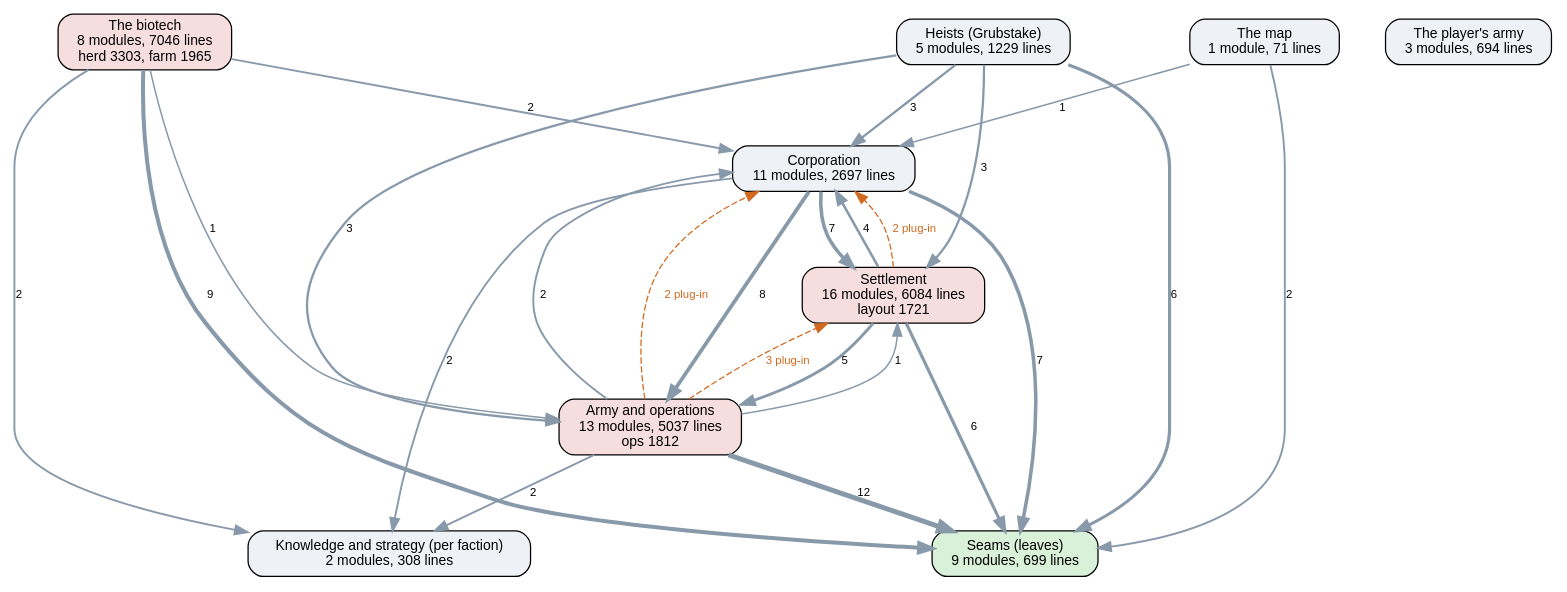
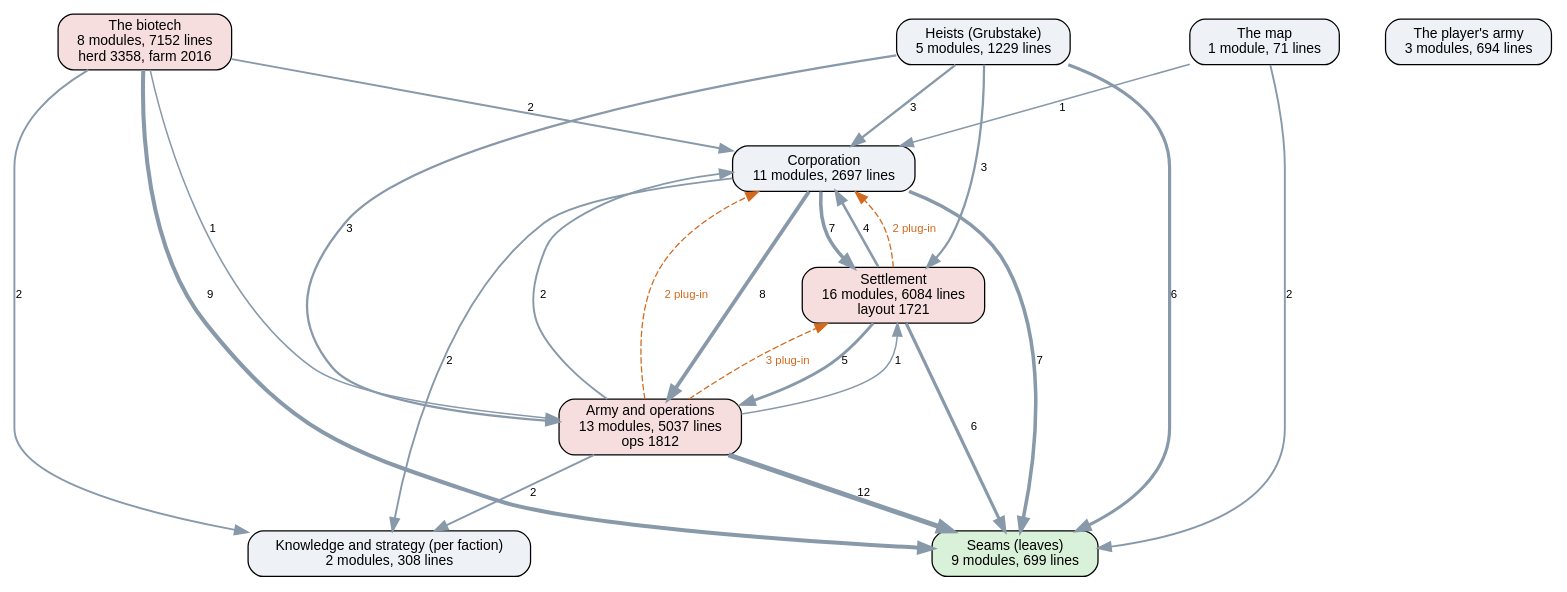
The diagram in docs/ai-layers.dot (kinelhu/landing-party), drawn with Graphviz before and after one commit. The commit also changed 11 other files, not shown here.

```diff
--- a/docs/ai-layers.dot
+++ b/docs/ai-layers.dot
@@ -1,38 +1,38 @@
 digraph layers {
   graph [rankdir=TB, fontname="Helvetica", nodesep=0.5, ranksep=0.7];
   node [shape=box, style="rounded,filled", fontname="Helvetica", fontsize=11, fillcolor="#eef2f7"];
   edge [color="#8899aa", fontname="Helvetica", fontsize=9];
   "Seams (leaves)" [label="Seams (leaves)\n9 modules, 699 lines", fillcolor="#d9f0d9"];
   "Knowledge and strategy (per faction)" [label="Knowledge and strategy (per faction)\n2 modules, 308 lines", fillcolor="#eef2f7"];
   "Corporation" [label="Corporation\n11 modules, 2697 lines", fillcolor="#eef2f7"];
   "Settlement" [label="Settlement\n16 modules, 6084 lines\nlayout 1721", fillcolor="#f7dede"];
   "Army and operations" [label="Army and operations\n13 modules, 5037 lines\nops 1812", fillcolor="#f7dede"];
   "Heists (Grubstake)" [label="Heists (Grubstake)\n5 modules, 1229 lines", fillcolor="#eef2f7"];
-  "The biotech" [label="The biotech\n8 modules, 7046 lines\nherd 3303, farm 1965", fillcolor="#f7dede"];
+  "The biotech" [label="The biotech\n8 modules, 7152 lines\nherd 3358, farm 2016", fillcolor="#f7dede"];
   "The map" [label="The map\n1 module, 71 lines", fillcolor="#eef2f7"];
   "The player's army" [label="The player's army\n3 modules, 694 lines", fillcolor="#eef2f7"];
   "Army and operations" -> "Corporation" [label="2", penwidth=1.5];
   "Army and operations" -> "Knowledge and strategy (per faction)" [label="2", penwidth=1.5];
   "Army and operations" -> "Seams (leaves)" [label="12", penwidth=4.0];
   "Army and operations" -> "Settlement" [label="1", penwidth=1.2];
   "Corporation" -> "Army and operations" [label="8", penwidth=3.0];
   "Corporation" -> "Knowledge and strategy (per faction)" [label="2", penwidth=1.5];
   "Corporation" -> "Seams (leaves)" [label="7", penwidth=2.8];
   "Corporation" -> "Settlement" [label="7", penwidth=2.8];
   "Heists (Grubstake)" -> "Army and operations" [label="3", penwidth=1.8];
   "Heists (Grubstake)" -> "Corporation" [label="3", penwidth=1.8];
   "Heists (Grubstake)" -> "Seams (leaves)" [label="6", penwidth=2.5];
   "Heists (Grubstake)" -> "Settlement" [label="3", penwidth=1.8];
   "Settlement" -> "Army and operations" [label="5", penwidth=2.2];
   "Settlement" -> "Corporation" [label="4", penwidth=2.0];
   "Settlement" -> "Seams (leaves)" [label="6", penwidth=2.5];
   "The biotech" -> "Army and operations" [label="1", penwidth=1.2];
   "The biotech" -> "Corporation" [label="2", penwidth=1.5];
   "The biotech" -> "Knowledge and strategy (per faction)" [label="2", penwidth=1.5];
   "The biotech" -> "Seams (leaves)" [label="9", penwidth=3.2];
   "The map" -> "Corporation" [label="1", penwidth=1.2];
   "The map" -> "Seams (leaves)" [label="2", penwidth=1.5];
   "Army and operations" -> "Corporation" [style=dashed, color="#d2691e", fontcolor="#d2691e", label="2 plug-in"];
   "Army and operations" -> "Settlement" [style=dashed, color="#d2691e", fontcolor="#d2691e", label="3 plug-in"];
   "Settlement" -> "Corporation" [style=dashed, color="#d2691e", fontcolor="#d2691e", label="2 plug-in"];
 }
```
